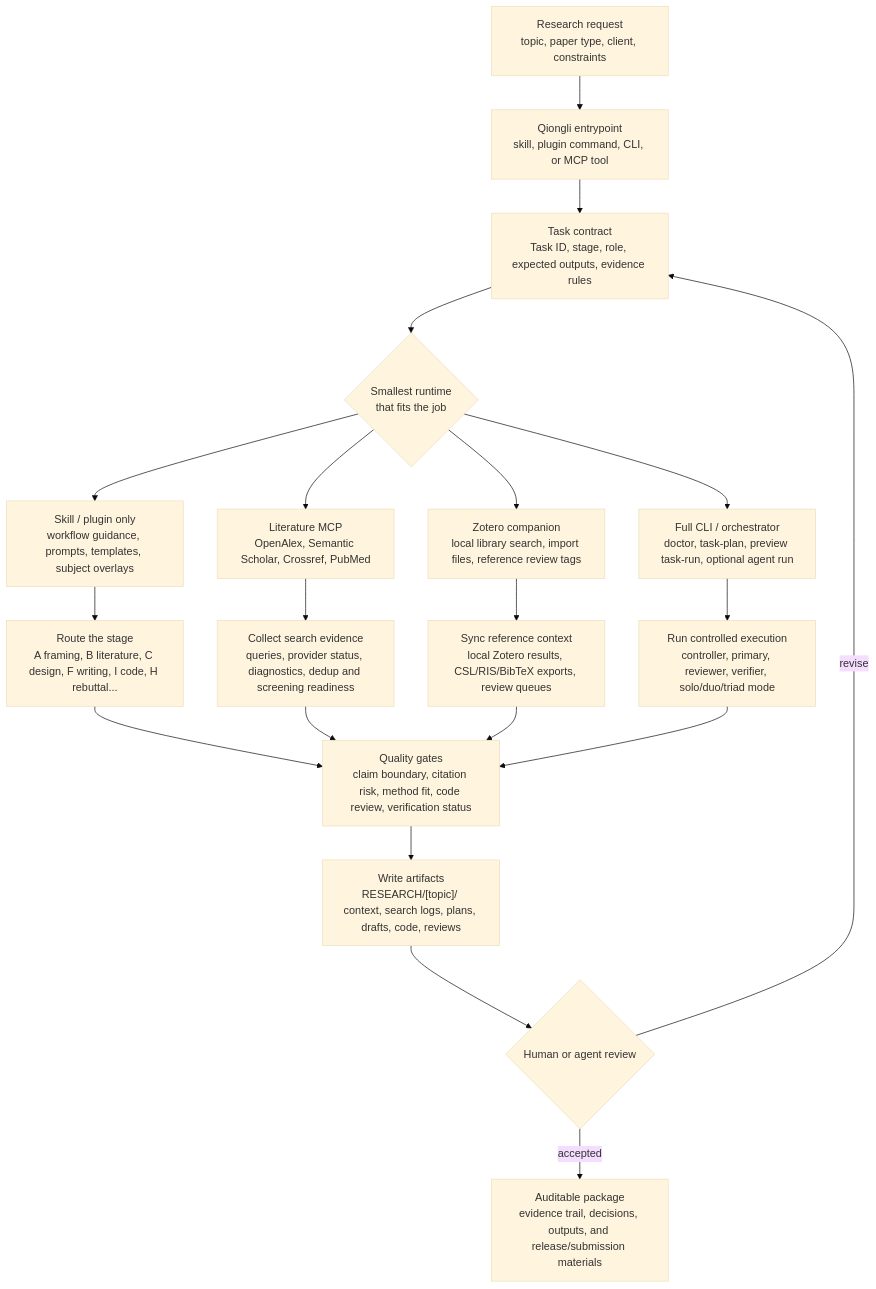
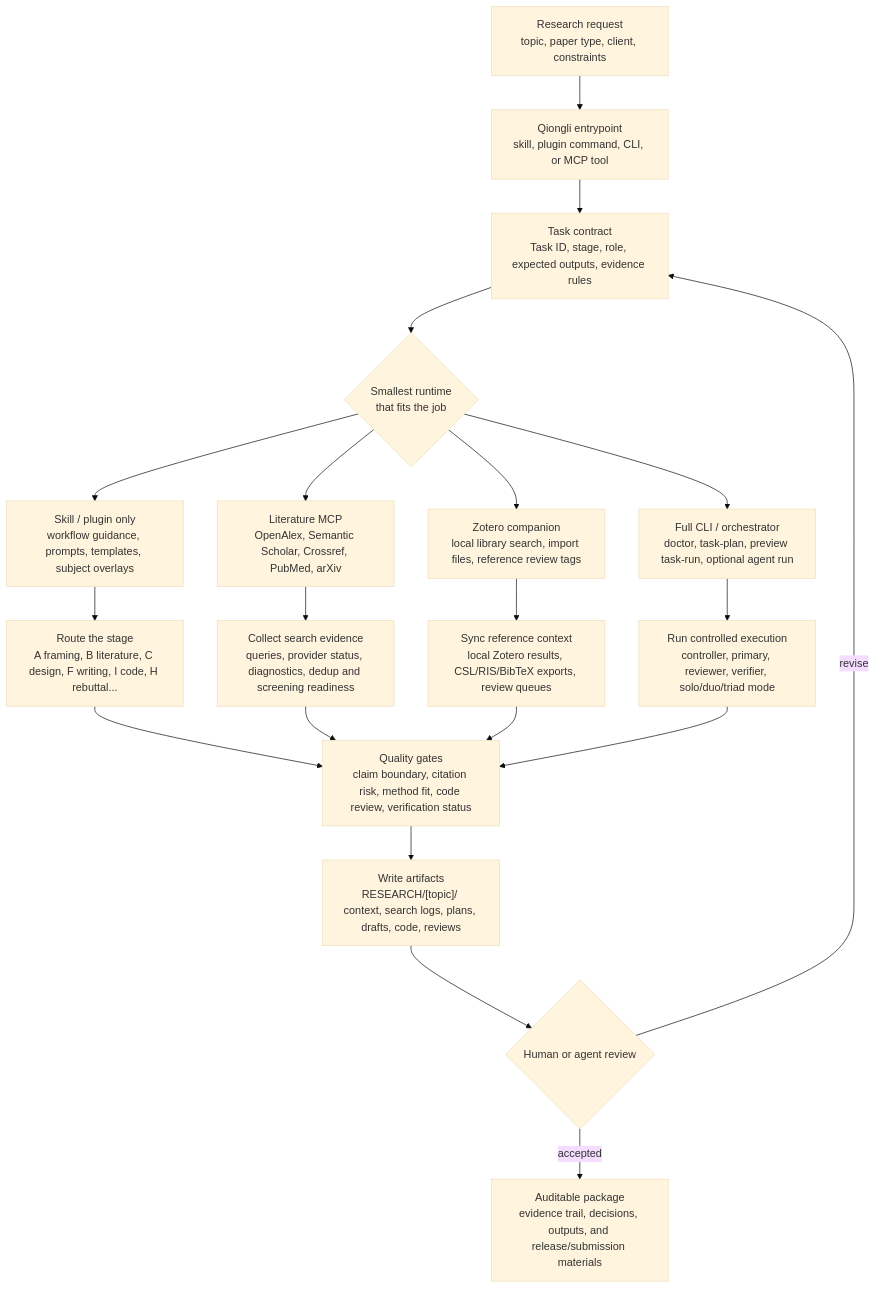
The diagram in README.md (jxpeng98/qiongli), drawn with Mermaid (base theme) before and after one commit. The commit also changed other lines of this file and 32 other files, not shown here.

````diff
--- a/README.md
+++ b/README.md
@@ -65,26 +65,26 @@
 ```mermaid
 flowchart TD
     A["Research request<br/>topic, paper type, client, constraints"] --> B["Qiongli entrypoint<br/>skill, plugin command, CLI, or MCP tool"]
     B --> C["Task contract<br/>Task ID, stage, role, expected outputs, evidence rules"]
     C --> D{"Smallest runtime<br/>that fits the job"}
 
     D --> E["Skill / plugin only<br/>workflow guidance, prompts, templates, subject overlays"]
-    D --> F["Literature MCP<br/>OpenAlex, Semantic Scholar, Crossref, PubMed"]
+    D --> F["Literature MCP<br/>OpenAlex, Semantic Scholar, Crossref, PubMed, arXiv"]
     D --> G["Zotero companion<br/>local library search, import files, reference review tags"]
     D --> H["Full CLI / orchestrator<br/>doctor, task-plan, preview task-run, optional agent run"]
 
     E --> I["Route the stage<br/>A framing, B literature, C design, F writing, I code, H rebuttal..."]
     F --> J["Collect search evidence<br/>queries, provider status, diagnostics, dedup and screening readiness"]
     G --> K["Sync reference context<br/>local Zotero results, CSL/RIS/BibTeX exports, review queues"]
     H --> L["Run controlled execution<br/>controller, primary, reviewer, verifier, solo/duo/triad mode"]
 
     I --> M["Quality gates<br/>claim boundary, citation risk, method fit, code review, verification status"]
     J --> M
     K --> M
     L --> M
 
     M --> N["Write artifacts<br/>RESEARCH/[topic]/ context, search logs, plans, drafts, code, reviews"]
     N --> O{"Human or agent review"}
     O -->|revise| C
     O -->|accepted| P["Auditable package<br/>evidence trail, decisions, outputs, and release/submission materials"]
 ```
````
